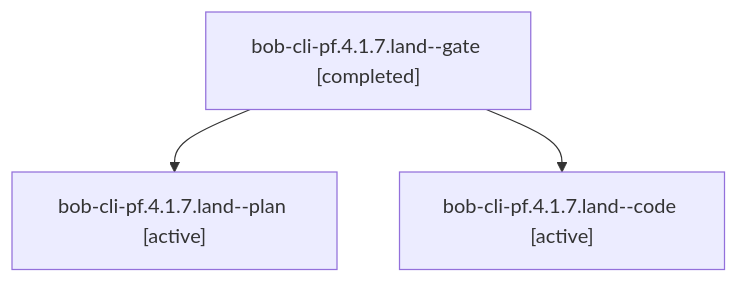
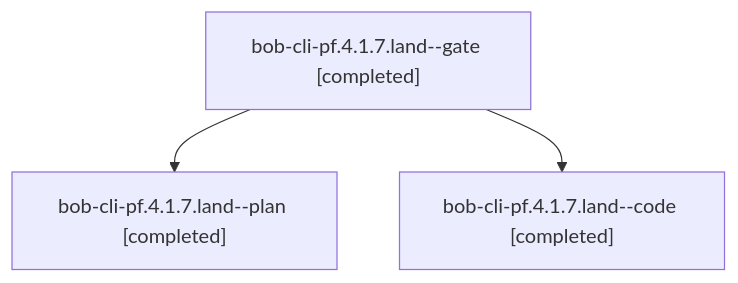
The diagram in sessions/bbugyi200.apollo.bob-cli-pf.4.1.7.land.md (bobs-org/bob-cli--agents), drawn with Mermaid before and after one commit. The commit also changed other lines of this file and 131 other files, not shown here.

````diff
--- a/sessions/bbugyi200.apollo.bob-cli-pf.4.1.7.land.md
+++ b/sessions/bbugyi200.apollo.bob-cli-pf.4.1.7.land.md
@@ -9,8 +9,8 @@
 ```mermaid
 flowchart TD
   n0["bob-cli-pf.4.1.7.land--gate [completed]"]
-  n1["bob-cli-pf.4.1.7.land--plan [active]"]
+  n1["bob-cli-pf.4.1.7.land--plan [completed]"]
   n0 --> n1
-  n2["bob-cli-pf.4.1.7.land--code [active]"]
+  n2["bob-cli-pf.4.1.7.land--code [completed]"]
   n0 --> n2
 ```
````
